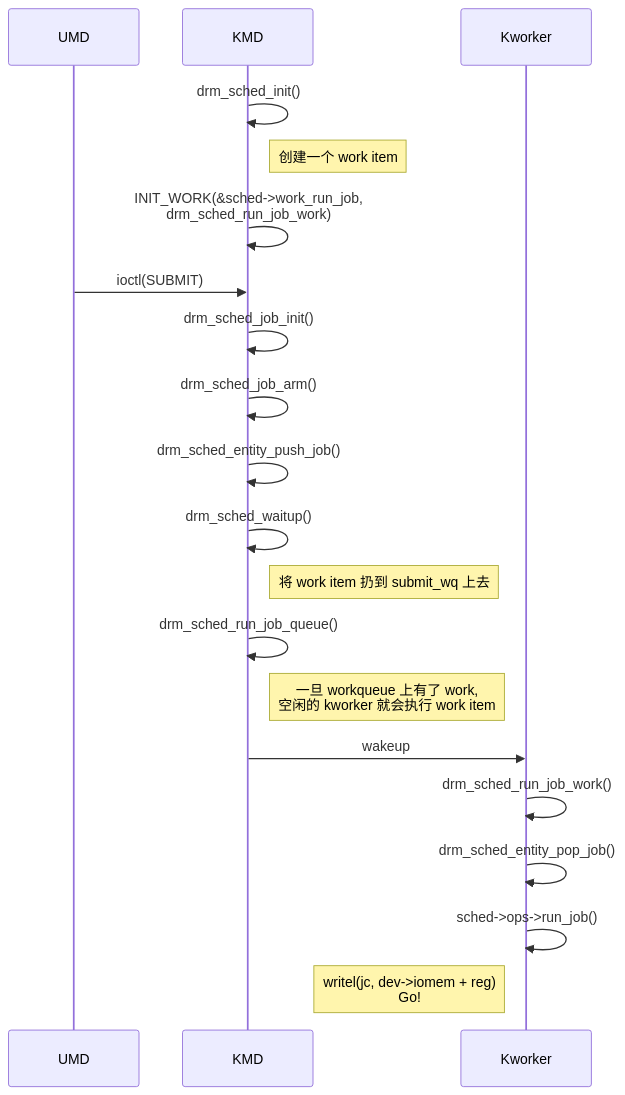
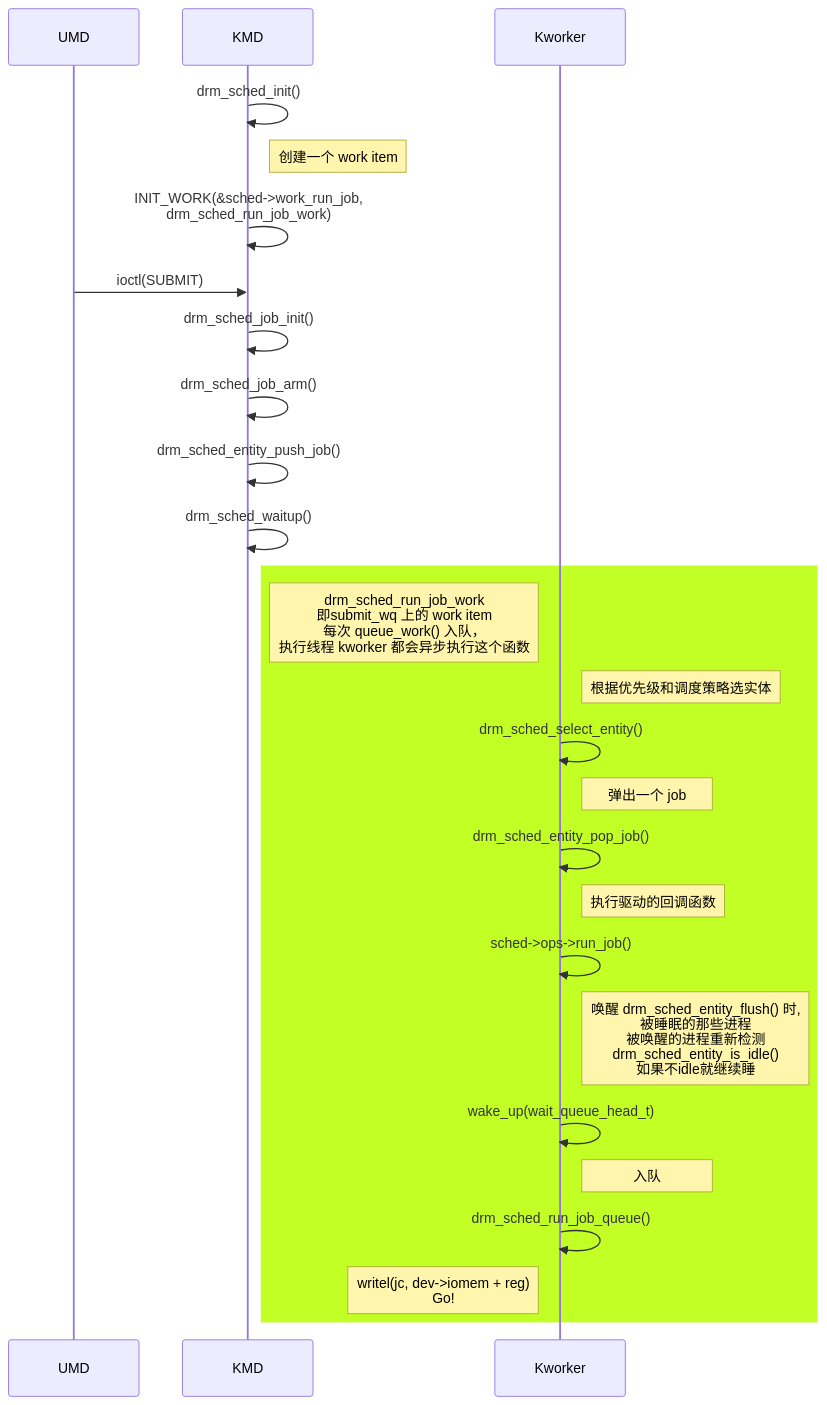
One commit to lucmann/lucmann.github.io changed the fifth of 5 diagrams in source/_posts/lnx/gpu-sched.md. Above: the diagram before and after it, drawn with Mermaid. The commit also changed 1 other file, not shown here.

Commit message:
linux: wait_event_timeout() and wake_up()

````diff
--- a/source/_posts/lnx/gpu-sched.md
+++ b/source/_posts/lnx/gpu-sched.md
@@ -335,23 +335,29 @@
 ```mermaid
 sequenceDiagram
   participant UMD
   participant KMD
   participant Kworker
 
   KMD ->> KMD : drm_sched_init()
   note right of KMD : 创建一个 work item
   KMD ->> KMD : INIT_WORK(&sched->work_run_job,<br>drm_sched_run_job_work)
   UMD ->> KMD : ioctl(SUBMIT)
   KMD ->> KMD : drm_sched_job_init()
   KMD ->> KMD : drm_sched_job_arm()
   KMD ->> KMD : drm_sched_entity_push_job()
   KMD ->> KMD : drm_sched_waitup()
-  note right of KMD : 将 work item 扔到 submit_wq 上去
-  KMD ->> KMD : drm_sched_run_job_queue()
-  note right of KMD : 一旦 workqueue 上有了 work,<br>空闲的 kworker 就会执行 work item
-  KMD ->> Kworker : wakeup
-  Kworker ->> Kworker : drm_sched_run_job_work()
-  Kworker ->> Kworker : drm_sched_entity_pop_job()
-  Kworker ->> Kworker : sched->ops->run_job()
-  note left of Kworker : writel(jc, dev->iomem + reg)<br>Go!
+  rect rgb(193, 255, 37)
+    note left of Kworker : drm_sched_run_job_work<br>即submit_wq 上的 work item<br>每次 queue_work() 入队，<br>执行线程 kworker 都会异步执行这个函数
+    note right of Kworker : 根据优先级和调度策略选实体
+    Kworker ->> Kworker : drm_sched_select_entity()
+    note right of Kworker : 弹出一个 job
+    Kworker ->> Kworker : drm_sched_entity_pop_job()
+    note right of Kworker : 执行驱动的回调函数
+    Kworker ->> Kworker : sched->ops->run_job()
+    note right of Kworker : 唤醒 drm_sched_entity_flush() 时,<br>被睡眠的那些进程<br>被唤醒的进程重新检测<br>drm_sched_entity_is_idle()<br>如果不idle就继续睡
+    Kworker ->> Kworker : wake_up(wait_queue_head_t)
+    note right of Kworker : 入队
+    Kworker ->> Kworker : drm_sched_run_job_queue()
+    note left of Kworker : writel(jc, dev->iomem + reg)<br>Go!
+  end
 ```
````
